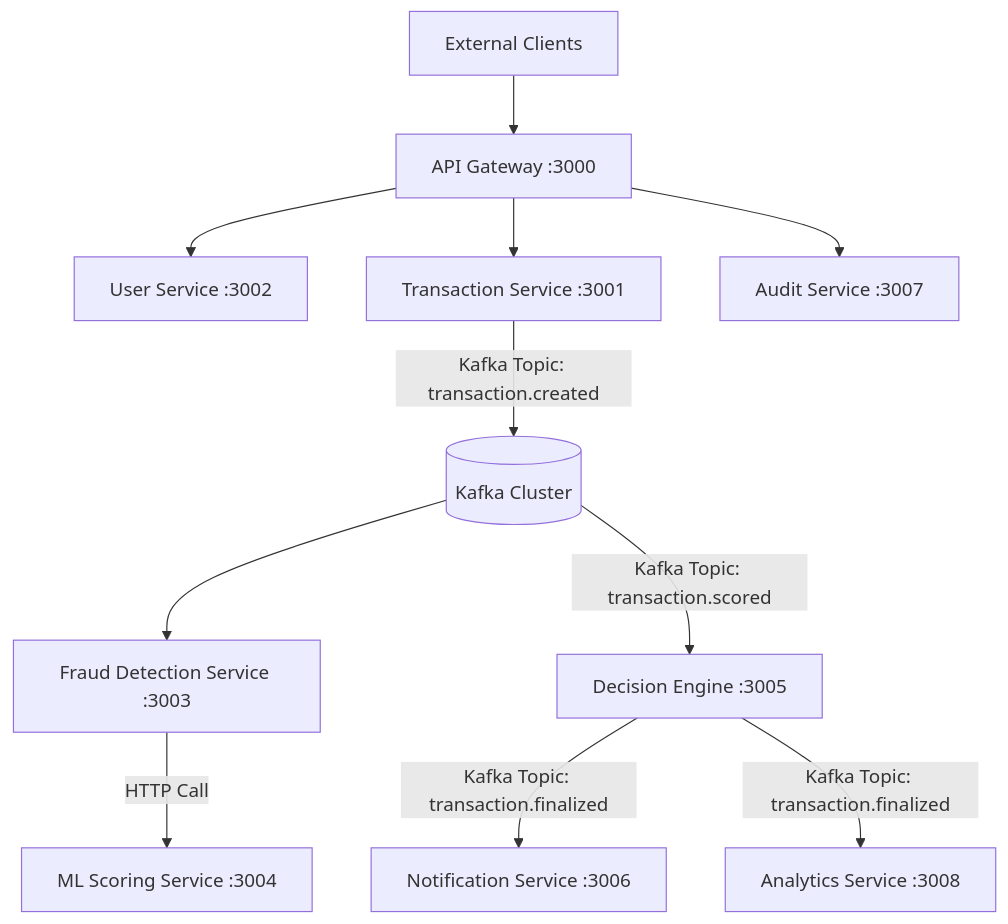
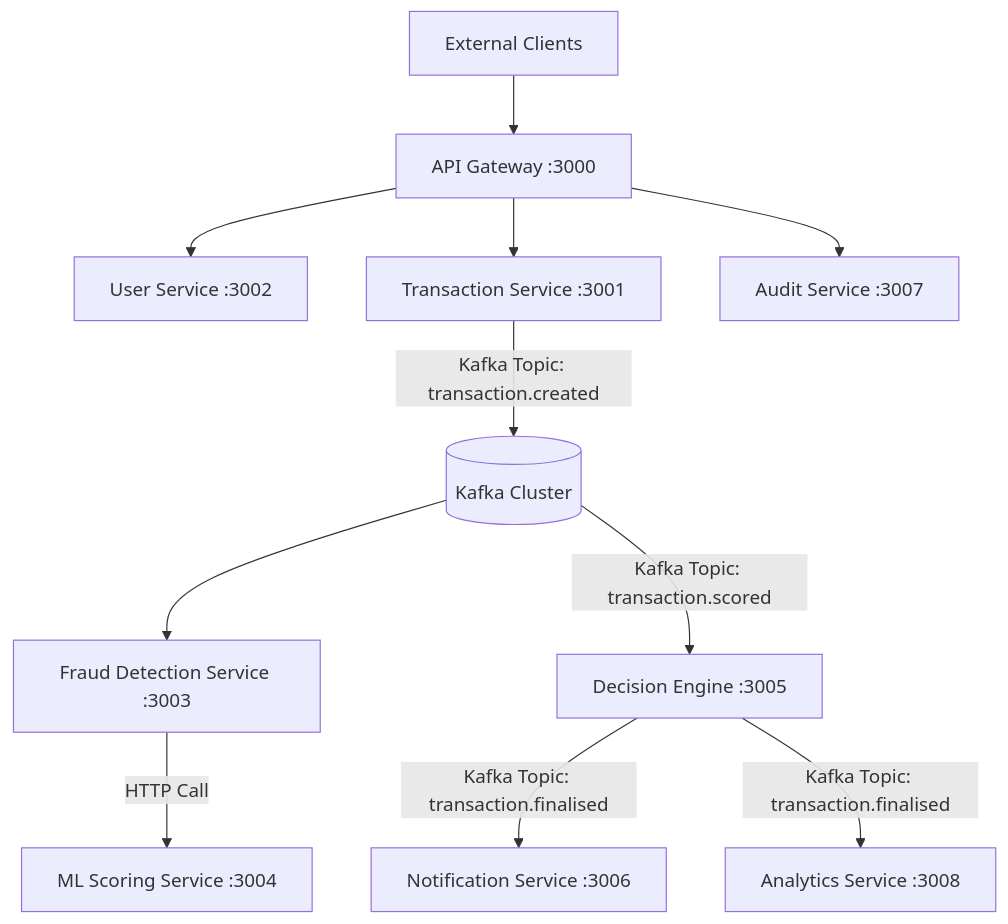
Before and after one commit to Naren3333/fraud-detection-system: the diagram in README.md, drawn with Mermaid. The commit also changed other lines of this file and 24 other files, not shown here.

Commit message:
decision-engine-service

````diff
--- a/README.md
+++ b/README.md
@@ -7,32 +7,32 @@
 ```mermaid
 flowchart TD
 
     %% External Layer
     Client[External Clients]
     Gateway[API Gateway :3000]
 
     Client --> Gateway
 
     %% Auth flow
     Gateway --> User[User Service :3002]
     
     %% First Split
     Gateway --> Transaction[Transaction Service :3001]
     Gateway --> Audit[Audit Service :3007]
 
     %% Transaction to Kafka
     Transaction -- "Kafka Topic: transaction.created" --> Kafka[(Kafka Cluster)]
 
     %% Kafka to Fraud Detection
     Kafka --> Fraud[Fraud Detection Service :3003]
 
     %% Fraud to ML (HTTP)
     Fraud -- "HTTP Call" --> ML[ML Scoring Service :3004]
 
     %% Kafka to Decision Engine
     Kafka -- "Kafka Topic: transaction.scored" --> Decision[Decision Engine :3005]
 
     %% Decision to Notification + Analytics
-    Decision -- "Kafka Topic: transaction.finalized" --> Notification[Notification Service :3006]
-    Decision -- "Kafka Topic: transaction.finalized" --> Analytics[Analytics Service :3008]
+    Decision -- "Kafka Topic: transaction.finalised" --> Notification[Notification Service :3006]
+    Decision -- "Kafka Topic: transaction.finalised" --> Analytics[Analytics Service :3008]
 ```
````
